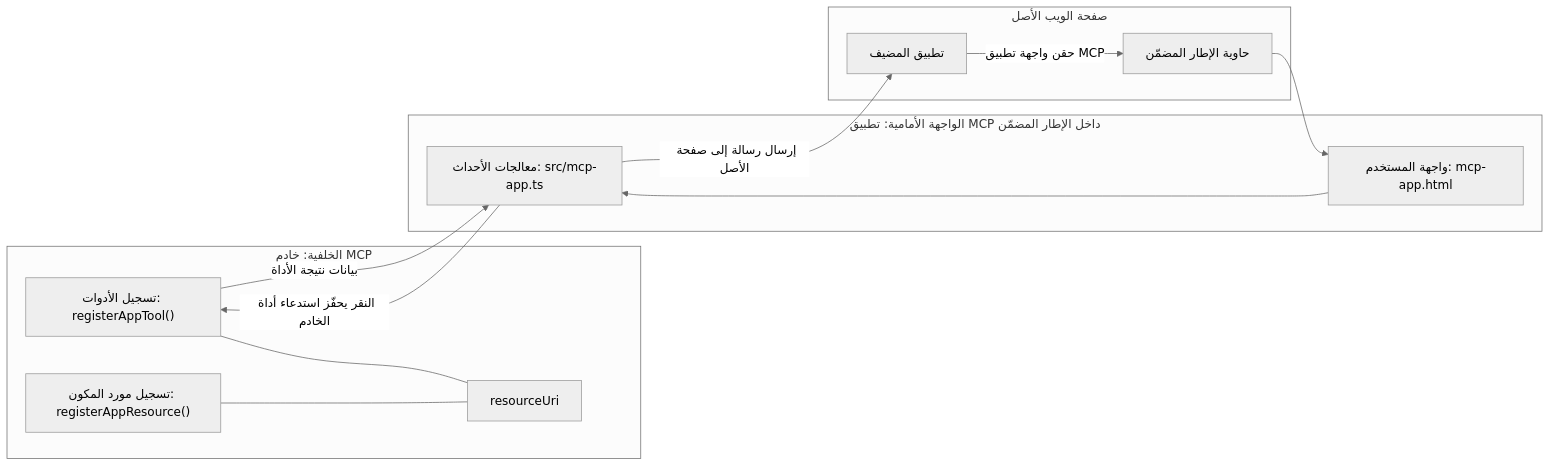
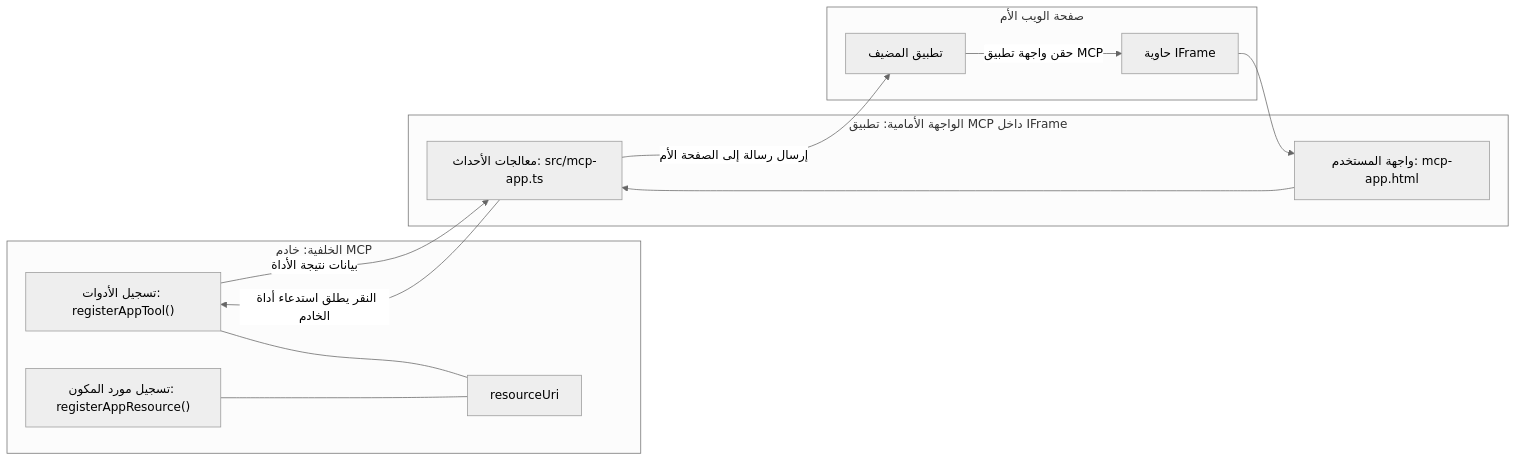
Before and after one commit to HIDORAKAI002/ai-workspace-archive: the diagram in mcp_ecosystem__model_context_protocol/mcp_learning_resources/mcp-for-beginners/translations/ar/03-GettingStarted/15-mcp-apps/README.md, drawn with Mermaid (neutral theme). The commit also changed other lines of this file and 1160 other files, not shown here.

````diff
--- a/mcp_ecosystem__model_context_protocol/mcp_learning_resources/mcp-for-beginners/translations/ar/03-GettingStarted/15-mcp-apps/README.md
+++ b/mcp_ecosystem__model_context_protocol/mcp_learning_resources/mcp-for-beginners/translations/ar/03-GettingStarted/15-mcp-apps/README.md
@@ -32,27 +32,27 @@
 ```mermaid
 flowchart LR
   subgraph Backend[الخلفية: خادم MCP]
     T["تسجيل الأدوات: registerAppTool()"]
     C["تسجيل مورد المكون: registerAppResource()"]
     U[resourceUri]
     T --- U
     C --- U
   end
 
-  subgraph Parent[صفحة الويب الأصل]
+  subgraph Parent[صفحة الويب الأم]
     H[تطبيق المضيف]
-    IFRAME[حاوية الإطار المضمّن]
+    IFRAME[حاوية IFrame]
     H -->|حقن واجهة تطبيق MCP| IFRAME
   end
 
-  subgraph Frontend[الواجهة الأمامية: تطبيق MCP داخل الإطار المضمّن]
+  subgraph Frontend[الواجهة الأمامية: تطبيق MCP داخل IFrame]
     UI["واجهة المستخدم: mcp-app.html"]
     EH["معالجات الأحداث: src/mcp-app.ts"]
     UI --> EH
   end
 
   IFRAME --> UI
-  EH -->|النقر يحفّز استدعاء أداة الخادم| T
+  EH -->|النقر يطلق استدعاء أداة الخادم| T
   T -->|بيانات نتيجة الأداة| EH
-  EH -->|إرسال رسالة إلى صفحة الأصل| H
+  EH -->|إرسال رسالة إلى الصفحة الأم| H
 ```
````
